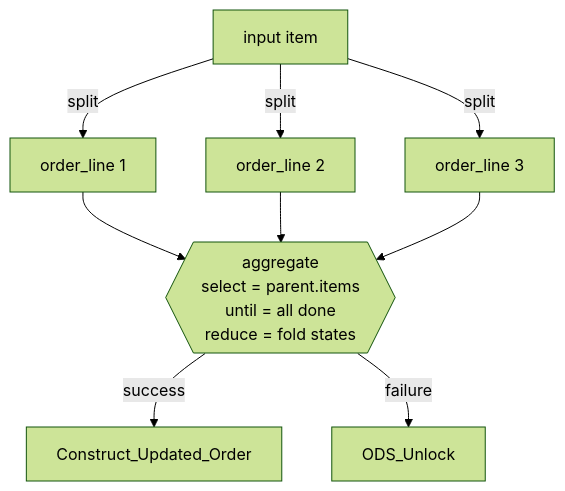
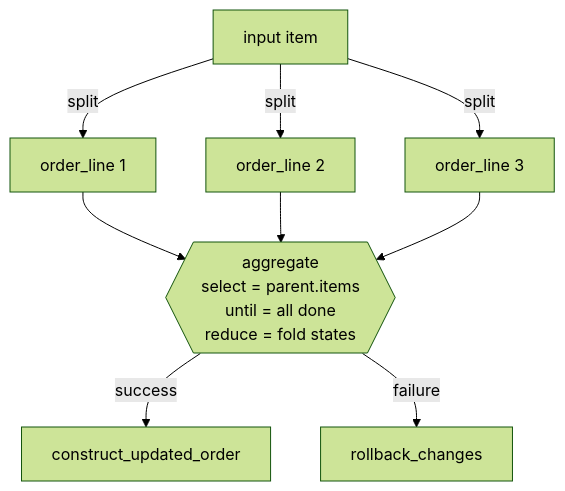
The fourth of 6 diagrams in docs/aflow-workflow-spec.md (akh00/AFlow), drawn with Mermaid (forest theme) before and after one commit. The commit also changed other lines of this file, not shown here.

````diff
--- a/docs/aflow-workflow-spec.md
+++ b/docs/aflow-workflow-spec.md
@@ -342,11 +359,11 @@
 ```mermaid
 flowchart TD
     P[input item] -->|split| L1[order_line 1]
     P -->|split| L2[order_line 2]
     P -->|split| L3[order_line 3]
     L1 --> J{{"aggregate<br/>select = parent.items<br/>until = all done<br/>reduce = fold states"}}
     L2 --> J
     L3 --> J
-    J -->|success| K[Construct_Updated_Order]
-    J -->|failure| U[ODS_Unlock]
+    J -->|success| K[construct_updated_order]
+    J -->|failure| U[rollback_changes]
 ```
````
